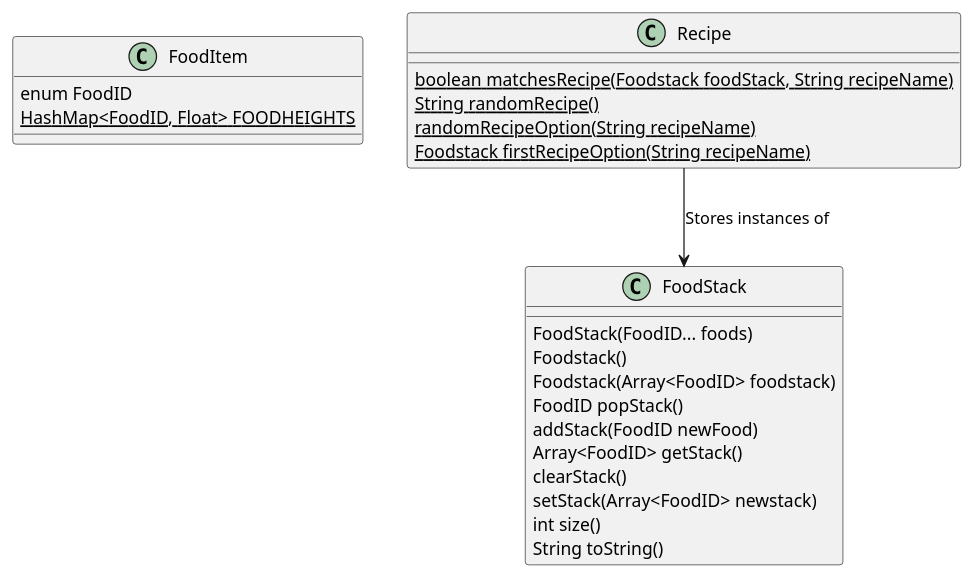
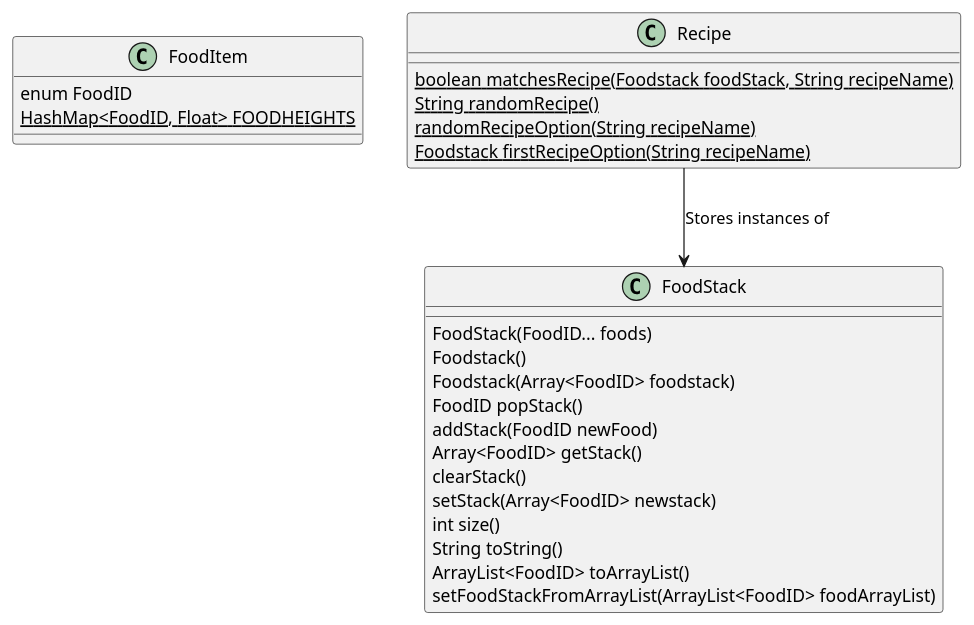
Before and after one commit to ENG1-TEAM3/project_eng1_team3_A2: the diagram in ENG1/SUBMITTABLES/Architecture/plantumls/food.puml, drawn with PlantUML. The commit also changed 11 other files, not shown here.

```diff
--- a/ENG1/SUBMITTABLES/Architecture/plantumls/food.puml
+++ b/ENG1/SUBMITTABLES/Architecture/plantumls/food.puml
@@ -1,30 +1,32 @@
 @startuml
 class FoodItem{
 enum FoodID
 {static} HashMap<FoodID, Float> FOODHEIGHTS
 }
 class FoodStack{
 FoodStack(FoodID... foods)
 Foodstack()
 Foodstack(Array<FoodID> foodstack)
 FoodID popStack()
 addStack(FoodID newFood)
 Array<FoodID> getStack()
 clearStack()
 setStack(Array<FoodID> newstack)
 int size()
 String toString()
+ArrayList<FoodID> toArrayList()
+setFoodStackFromArrayList(ArrayList<FoodID> foodArrayList)
 }
 
 
 class Recipe{
 {static}boolean matchesRecipe(Foodstack foodStack, String recipeName)
 {static}String randomRecipe()
 {static}randomRecipeOption(String recipeName)
 {static}Foodstack firstRecipeOption(String recipeName)
 }
 
 Recipe --> FoodStack : Stores instances of
 
 
 @enduml
```
